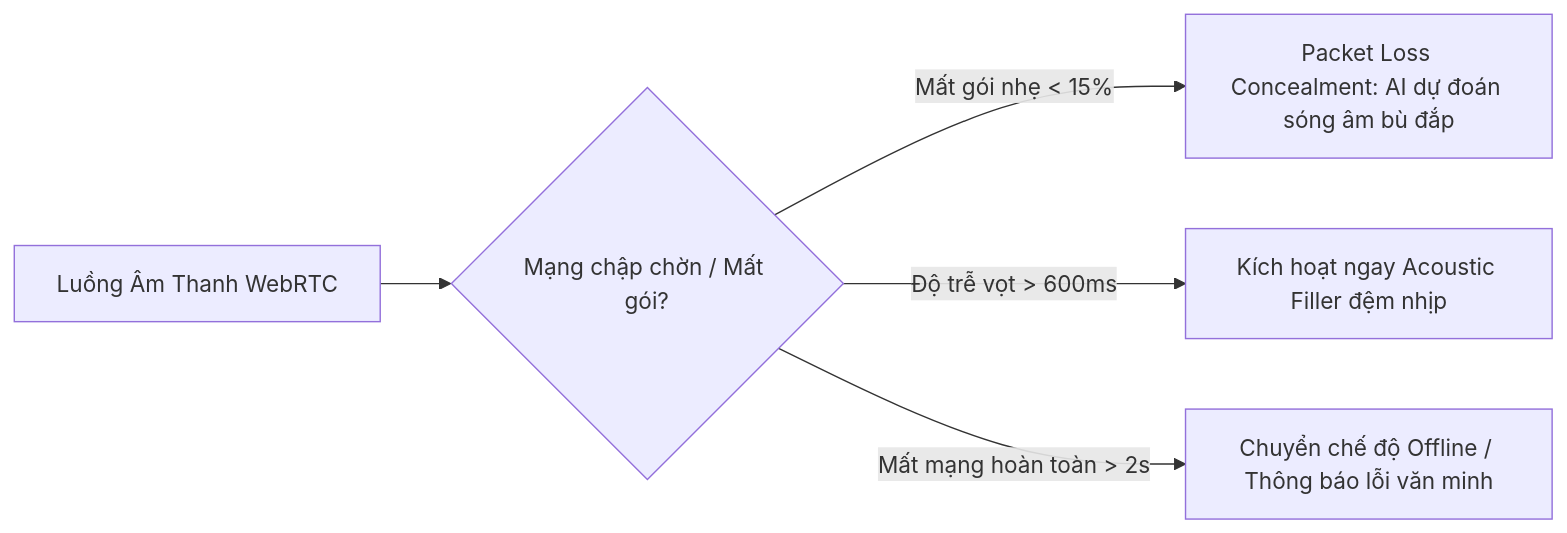
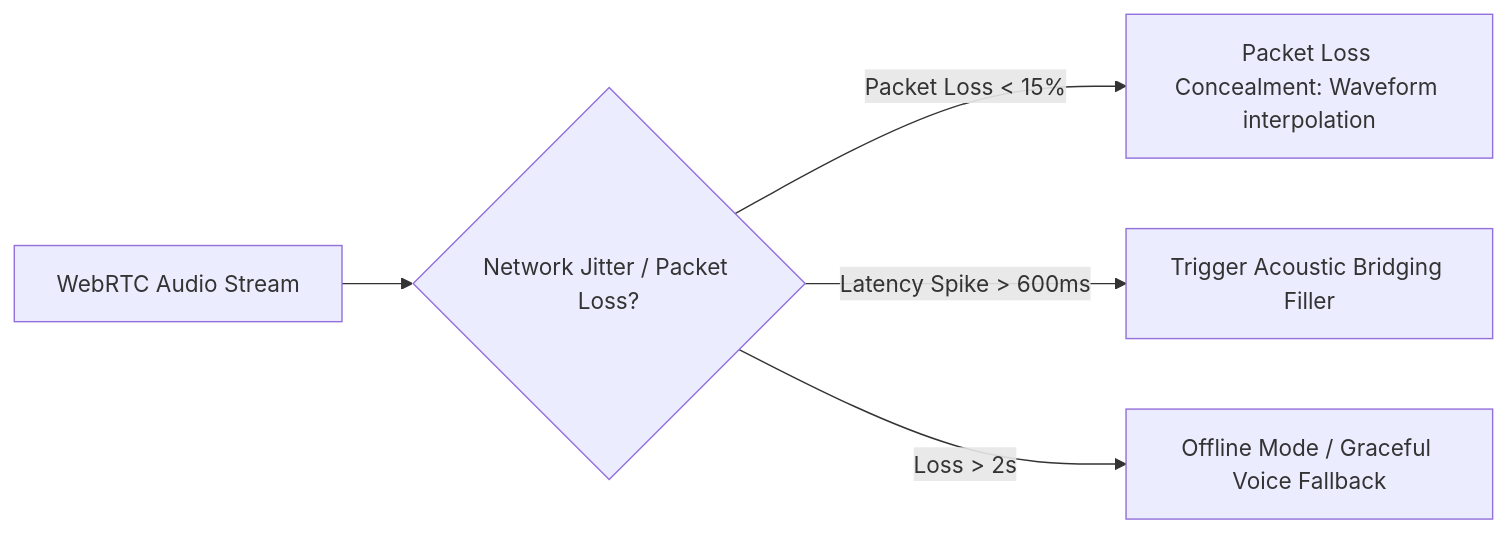
Before and after one commit to jangtrinh/design-os-voice-ux: the third of 3 diagrams in 03-conversational-design-system/latency-budgets.md, drawn with Mermaid. The commit also changed other lines of this file and 41 other files, not shown here.

````diff
--- a/03-conversational-design-system/latency-budgets.md
+++ b/03-conversational-design-system/latency-budgets.md
@@ -93,7 +93,7 @@
 ```mermaid
 graph LR
-    AudioStream[Luồng Âm Thanh WebRTC] --> JitterCheck{Mạng chập chờn / Mất gói?}
-    JitterCheck -->|Mất gói nhẹ < 15%| PLC[Packet Loss Concealment: AI dự đoán sóng âm bù đắp]
-    JitterCheck -->|Độ trễ vọt > 600ms| FillerTrigger[Kích hoạt ngay Acoustic Filler đệm nhịp]
-    JitterCheck -->|Mất mạng hoàn toàn > 2s| GracefulDegradation[Chuyển chế độ Offline / Thông báo lỗi văn minh]
+    AudioStream[WebRTC Audio Stream] --> JitterCheck{Network Jitter / Packet Loss?}
+    JitterCheck -->|Packet Loss < 15%| PLC[Packet Loss Concealment: Waveform interpolation]
+    JitterCheck -->|Latency Spike > 600ms| FillerTrigger[Trigger Acoustic Bridging Filler]
+    JitterCheck -->|Loss > 2s| GracefulDegradation[Offline Mode / Graceful Voice Fallback]
 ```
````
